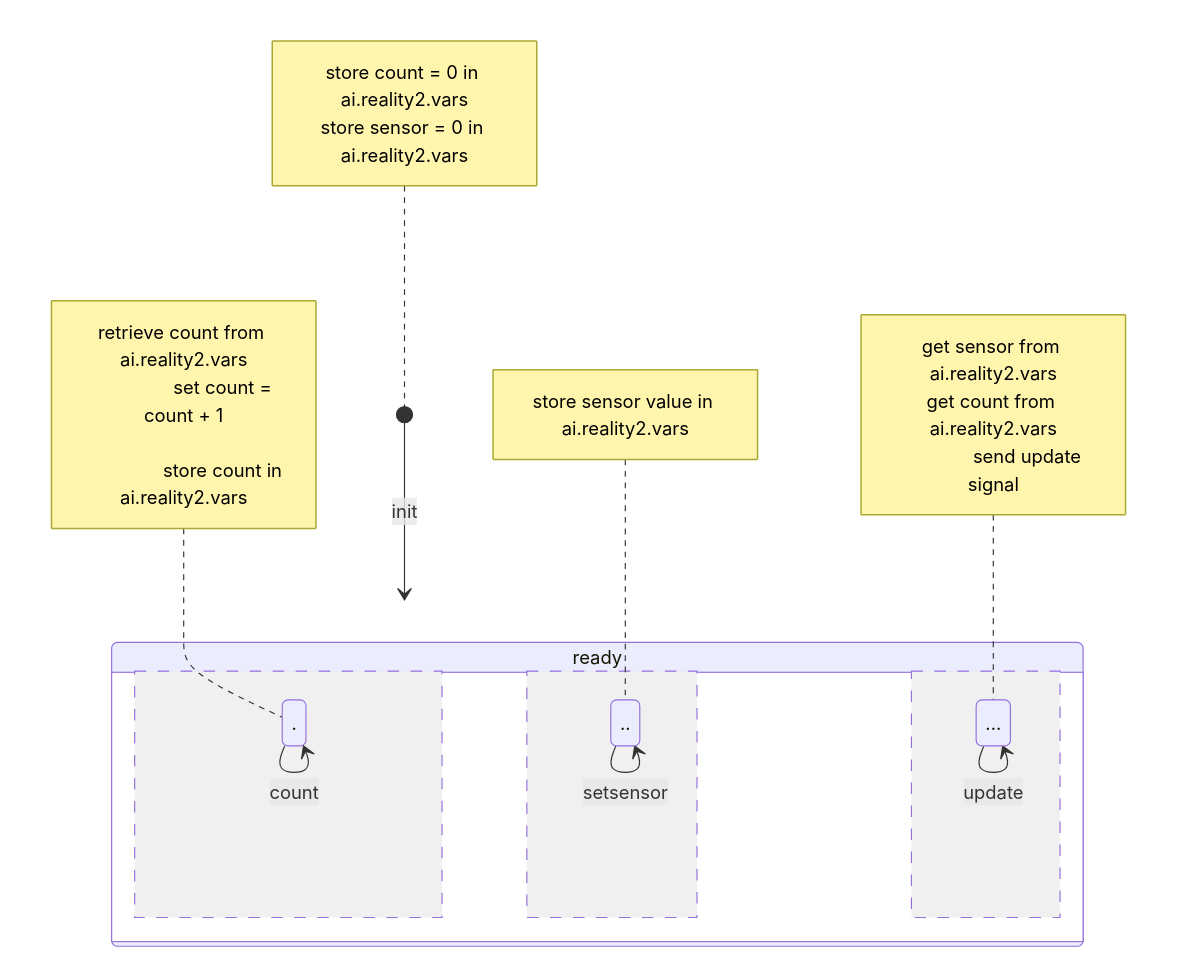
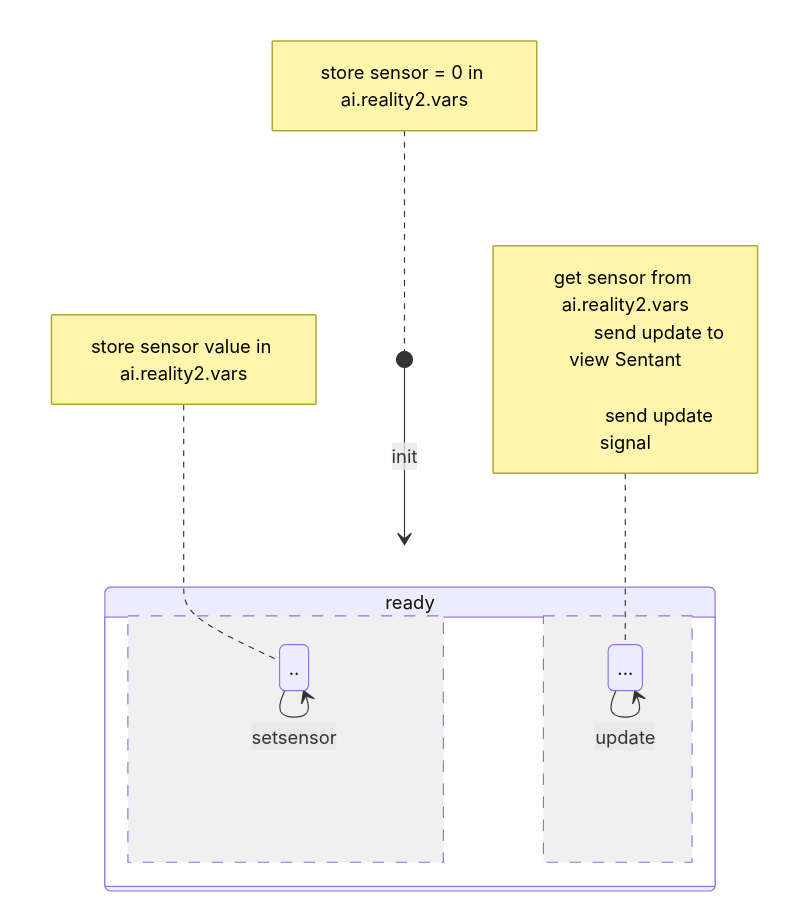
Before and after one commit to reality-two/reality2-node-core-elixir: the second of 2 diagrams in docs/instructions/11 WebApp Examples/IoT Demo.md, drawn with Mermaid. The commit also changed other lines of this file and 32 other files, not shown here.

````diff
--- a/docs/instructions/11 WebApp Examples/IoT Demo.md
+++ b/docs/instructions/11 WebApp Examples/IoT Demo.md
@@ -298,33 +298,25 @@
 ```mermaid
 stateDiagram-v2
     [*] --> ready: init
     note left of [*]
-        store count = 0 in ai.reality2.vars
         store sensor = 0 in ai.reality2.vars
     end note
 
 
     state ready {
-            . --> .: count
-            note left of .
-                retrieve count from ai.reality2.vars
 
-                set count = count + 1
-                
-                store count in ai.reality2.vars
-            end note
-        --
             .. --> ..: setsensor
             note left of ..
                 store sensor value in ai.reality2.vars
             end note
         --
             ... --> ...: update
             note left of ...
               get sensor from ai.reality2.vars
-              get count from ai.reality2.vars
+
+              send update to view Sentant
 
               send update signal
             end note
     }
 ```
````
